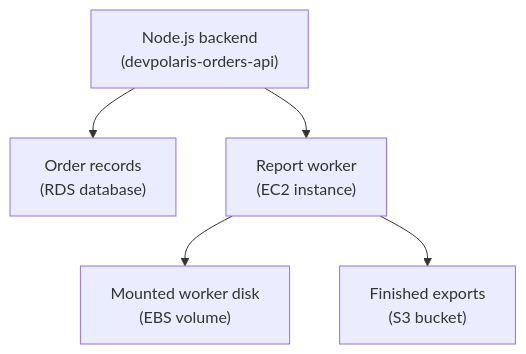
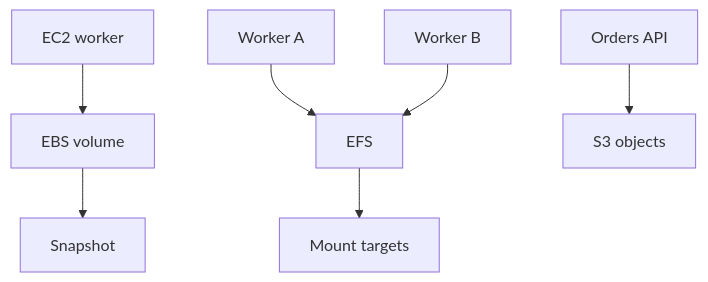
One commit to senlinyy/dev-roadmaps changed the diagram in cloud-providers/aws/storage-databases/ebs-and-efs-storage-attached-to-compute.md. Above: the diagram before and after it, drawn with Mermaid. The commit also changed other lines of this file and 275 other files, not shown here.

Commit message:
feat: roadmap structure update

````diff
--- a/cloud-providers/aws/storage-databases/ebs-and-efs-storage-attached-to-compute.md
+++ b/cloud-providers/aws/storage-databases/ebs-and-efs-storage-attached-to-compute.md
@@ -69,13 +161,11 @@
 ```mermaid
-flowchart TD
-    API["Node.js backend<br/>(devpolaris-orders-api)"]
-    DB["Order records<br/>(RDS database)"]
-    WORKER["Report worker<br/>(EC2 instance)"]
-    EBS["Mounted worker disk<br/>(EBS volume)"]
-    S3["Finished exports<br/>(S3 bucket)"]
+flowchart TB
+    EC2["EC2 worker"] --> EBS["EBS volume"]
+    EBS --> Snap["Snapshot"]
 
-    API --> DB
-    API --> WORKER
-    WORKER --> EBS
-    WORKER --> S3
+    WorkerA["Worker A"] --> EFS["EFS"]
+    WorkerB["Worker B"] --> EFS
+    EFS --> Mount["Mount targets"]
+
+    App["Orders API"] --> S3["S3 objects"]
 ```
````
